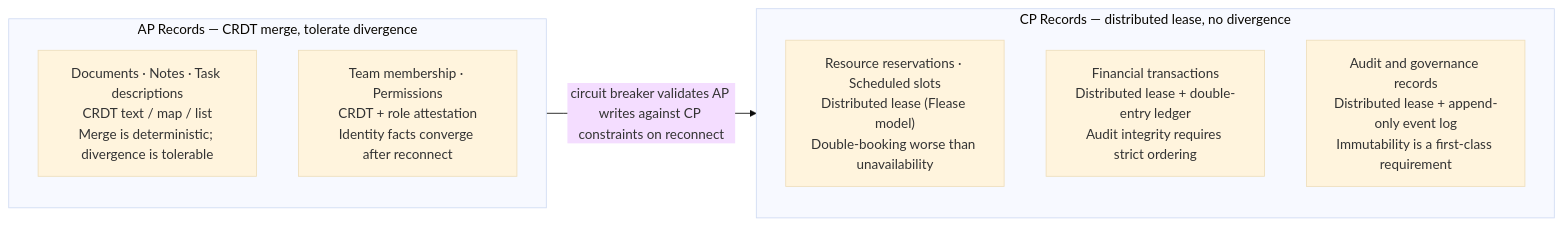
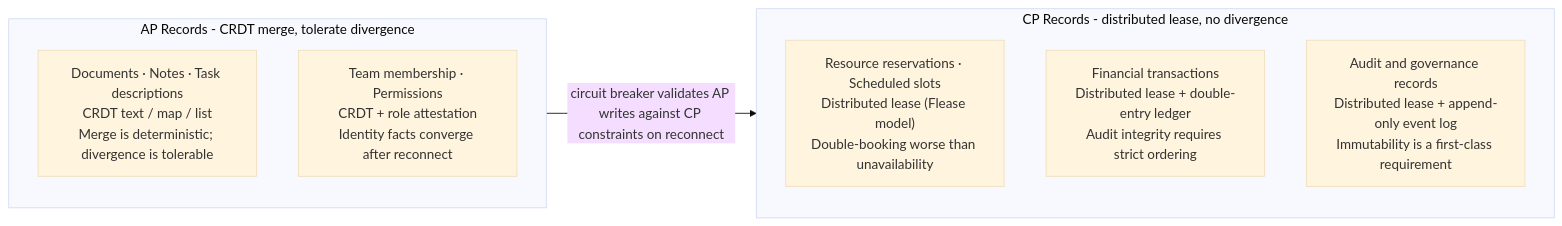
Before and after one commit to Harborline-Software/the-inverted-stack: the first of 2 diagrams in vol-1/part-3-reference-architecture/ch12-crdt-engine-data-layer.md, drawn with Mermaid (base theme). The commit also changed other lines of this file and 376 other files, not shown here.

````diff
--- a/vol-1/part-3-reference-architecture/ch12-crdt-engine-data-layer.md
+++ b/vol-1/part-3-reference-architecture/ch12-crdt-engine-data-layer.md
@@ -38,13 +38,13 @@
 ```mermaid
 flowchart LR
-    subgraph AP ["AP Records — CRDT merge, tolerate divergence"]
+    subgraph AP ["AP Records - CRDT merge, tolerate divergence"]
         A1["Documents · Notes · Task descriptions<br/>CRDT text / map / list<br/>Merge is deterministic; divergence is tolerable"]
         A2["Team membership · Permissions<br/>CRDT + role attestation<br/>Identity facts converge after reconnect"]
     end
-    subgraph CP ["CP Records — distributed lease, no divergence"]
+    subgraph CP ["CP Records - distributed lease, no divergence"]
         C1["Resource reservations · Scheduled slots<br/>Distributed lease (Flease model)<br/>Double-booking worse than unavailability"]
         C2["Financial transactions<br/>Distributed lease + double-entry ledger<br/>Audit integrity requires strict ordering"]
         C3["Audit and governance records<br/>Distributed lease + append-only event log<br/>Immutability is a first-class requirement"]
     end
     AP -->|"circuit breaker validates AP writes against CP constraints on reconnect"| CP
 ```
````
